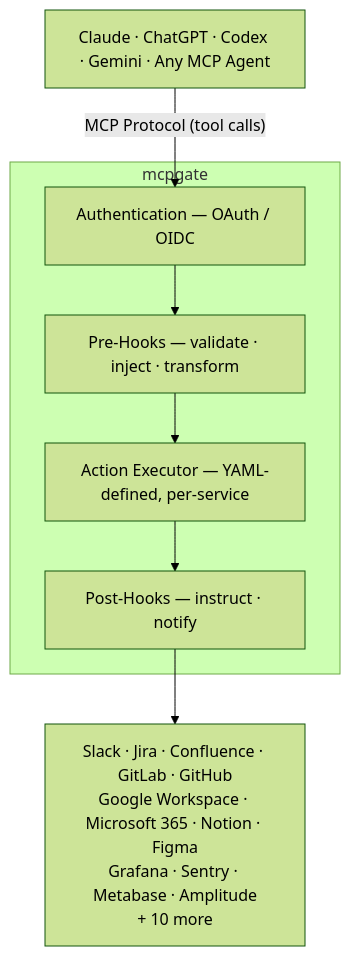
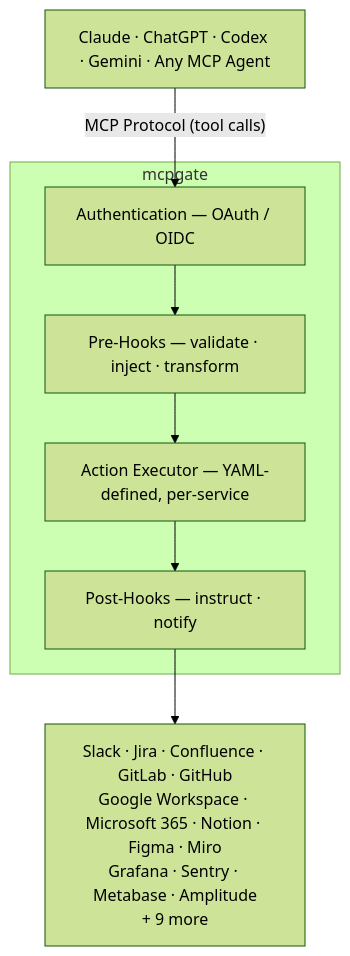
The diagram in README.md (Mcpgate-de/mcpgate), drawn with Mermaid (forest theme) before and after one commit. The commit also changed other lines of this file, not shown here.

First line of the commit message:
docs(readme): add Miro to integrations list, mention import auth modes

````diff
--- a/README.md
+++ b/README.md
@@ -72,19 +72,19 @@
 ```mermaid
 flowchart TB
     AI["Claude · ChatGPT · Codex · Gemini · Any MCP Agent"]
     
     AI -- "MCP Protocol (tool calls)" --> Auth
 
     subgraph GW["mcpgate"]
         Auth["Authentication — OAuth / OIDC"]
         Pre["Pre-Hooks — validate · inject · transform"]
         Exec["Action Executor — YAML-defined, per-service"]
         Post["Post-Hooks — instruct · notify"]
 
         Auth --> Pre --> Exec --> Post
     end
 
     Post --> Services
 
-    Services["Slack · Jira · Confluence · GitLab · GitHub\nGoogle Workspace · Microsoft 365 · Notion · Figma\nGrafana · Sentry · Metabase · Amplitude\n+ 10 more"]
+    Services["Slack · Jira · Confluence · GitLab · GitHub\nGoogle Workspace · Microsoft 365 · Notion · Figma · Miro\nGrafana · Sentry · Metabase · Amplitude\n+ 9 more"]
 ```
````
